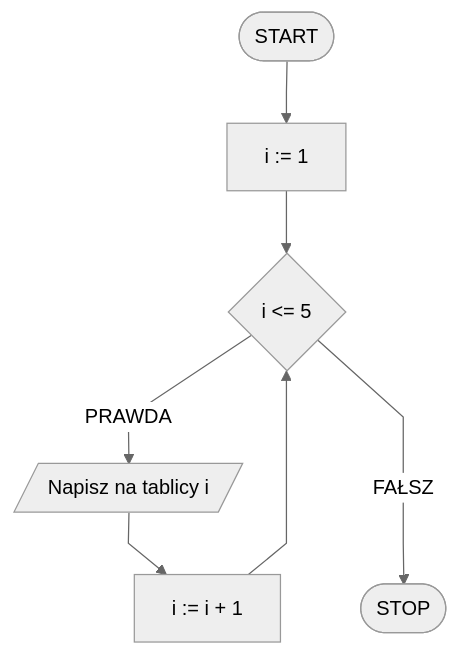
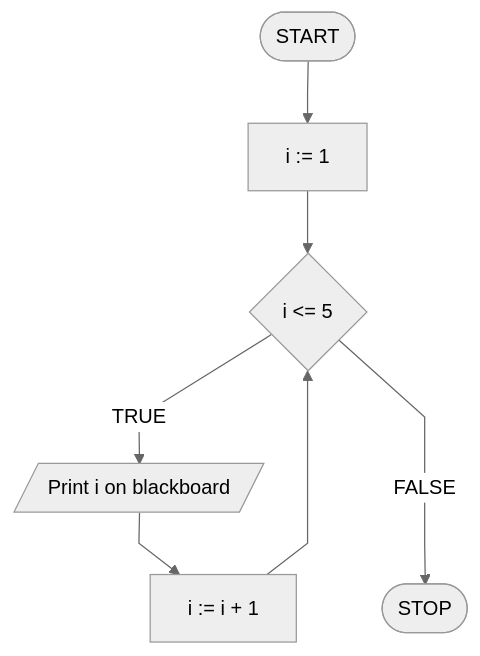
One commit to blackbat13/edu-cs-htiew-en changed the diagram in docs/algorithms/introduction/iterative-loop.md. Above: the diagram before and after it, drawn with Mermaid. The commit also changed other lines of this file and 682 other files, not shown here.

````diff
--- a/docs/algorithms/introduction/iterative-loop.md
+++ b/docs/algorithms/introduction/iterative-loop.md
@@ -63,10 +63,10 @@
 ```mermaid
 %%{init: {"flowchart": {"curve": "linear"}, "theme": "neutral"} }%%
 flowchart TD
     START([START]) --> K0[i := 1]
     K0 --> K1{i <= 5}
-    K1 -- PRAWDA --> K2[/Napisz na tablicy i/]
+    K1 -- TRUE --> K2[/Print i on blackboard/]
     K2 --> K1i[i := i + 1]
     K1i --> K1
-    K1 -- FAŁSZ ---> STOP([STOP])
+    K1 -- FALSE ---> STOP([STOP])
 ```
````
